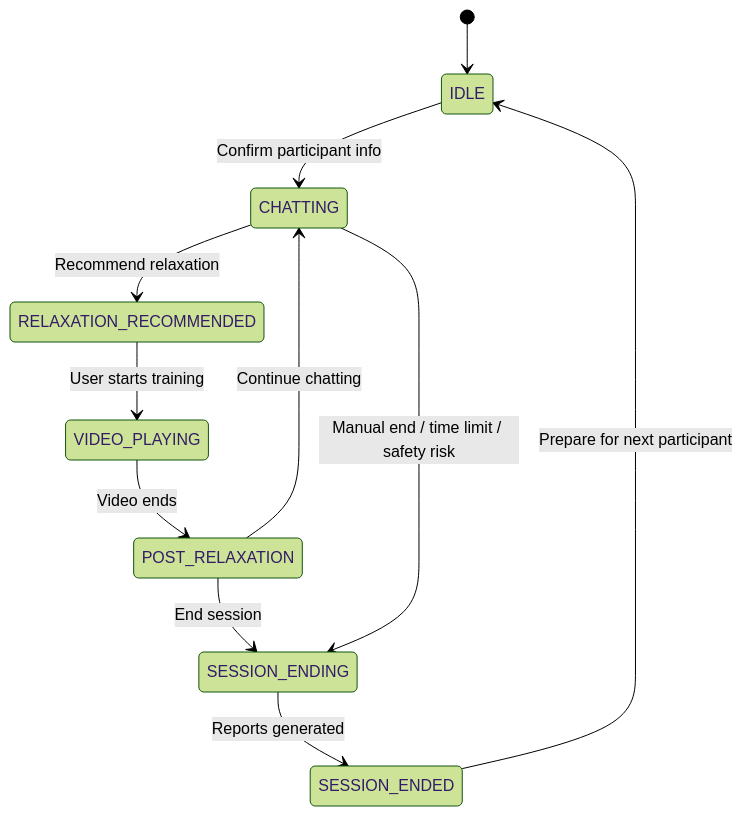
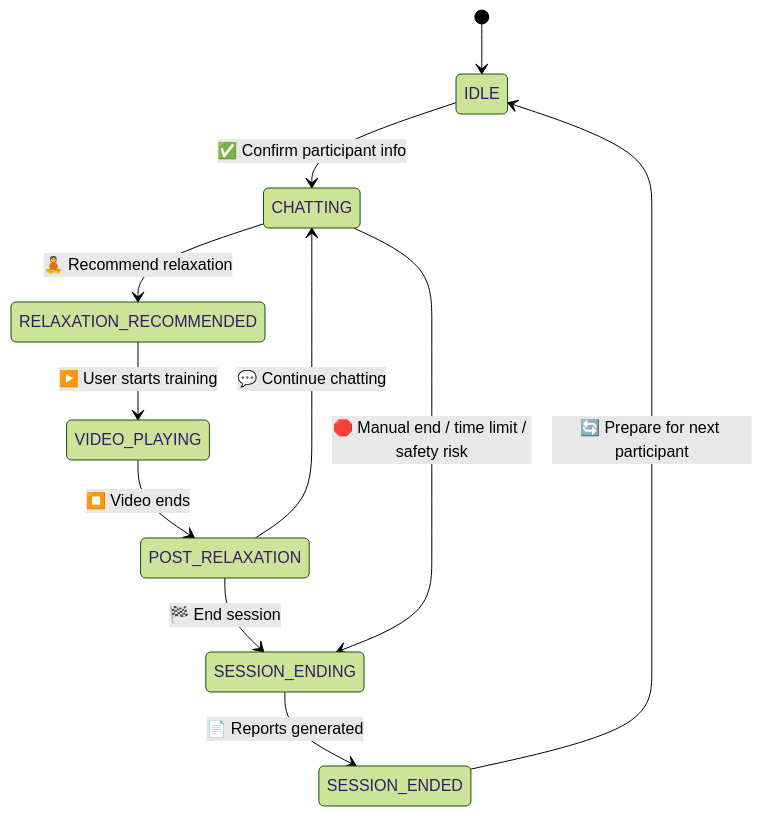
One commit to jersery66/voicechat3 changed the fourth of 4 diagrams in README.md. Above: the diagram before and after it, drawn with Mermaid (forest theme). The commit also changed other lines of this file, not shown here.

````diff
--- a/README.md
+++ b/README.md
@@ -477,13 +632,13 @@
 ```mermaid
 stateDiagram-v2
     [*] --> IDLE
-    IDLE --> CHATTING: Confirm participant info
-    CHATTING --> RELAXATION_RECOMMENDED: Recommend relaxation
-    RELAXATION_RECOMMENDED --> VIDEO_PLAYING: User starts training
-    VIDEO_PLAYING --> POST_RELAXATION: Video ends
-    POST_RELAXATION --> CHATTING: Continue chatting
-    POST_RELAXATION --> SESSION_ENDING: End session
-    CHATTING --> SESSION_ENDING: Manual end / time limit / safety risk
-    SESSION_ENDING --> SESSION_ENDED: Reports generated
-    SESSION_ENDED --> IDLE: Prepare for next participant
+    IDLE --> CHATTING: ✅ Confirm participant info
+    CHATTING --> RELAXATION_RECOMMENDED: 🧘 Recommend relaxation
+    RELAXATION_RECOMMENDED --> VIDEO_PLAYING: ▶️ User starts training
+    VIDEO_PLAYING --> POST_RELAXATION: ⏹️ Video ends
+    POST_RELAXATION --> CHATTING: 💬 Continue chatting
+    POST_RELAXATION --> SESSION_ENDING: 🏁 End session
+    CHATTING --> SESSION_ENDING: 🛑 Manual end / time limit / safety risk
+    SESSION_ENDING --> SESSION_ENDED: 📄 Reports generated
+    SESSION_ENDED --> IDLE: 🔄 Prepare for next participant
 ```
````
